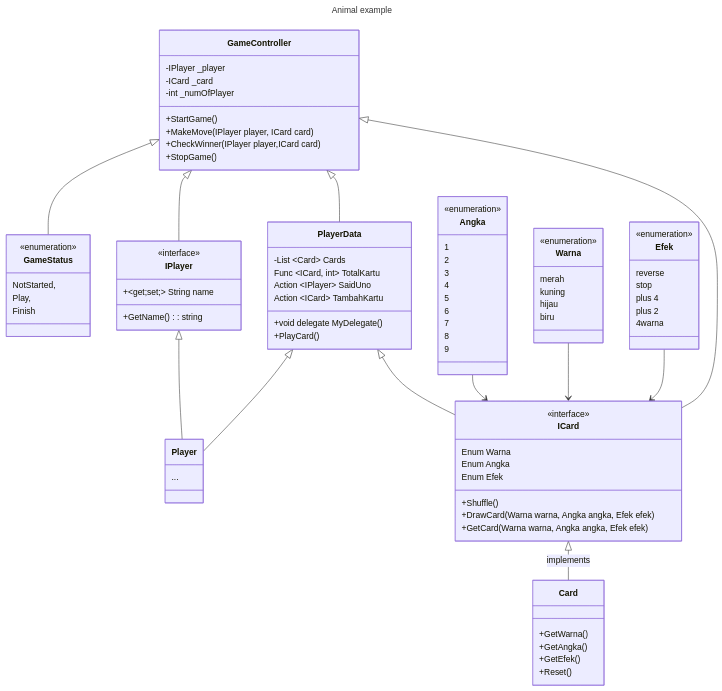
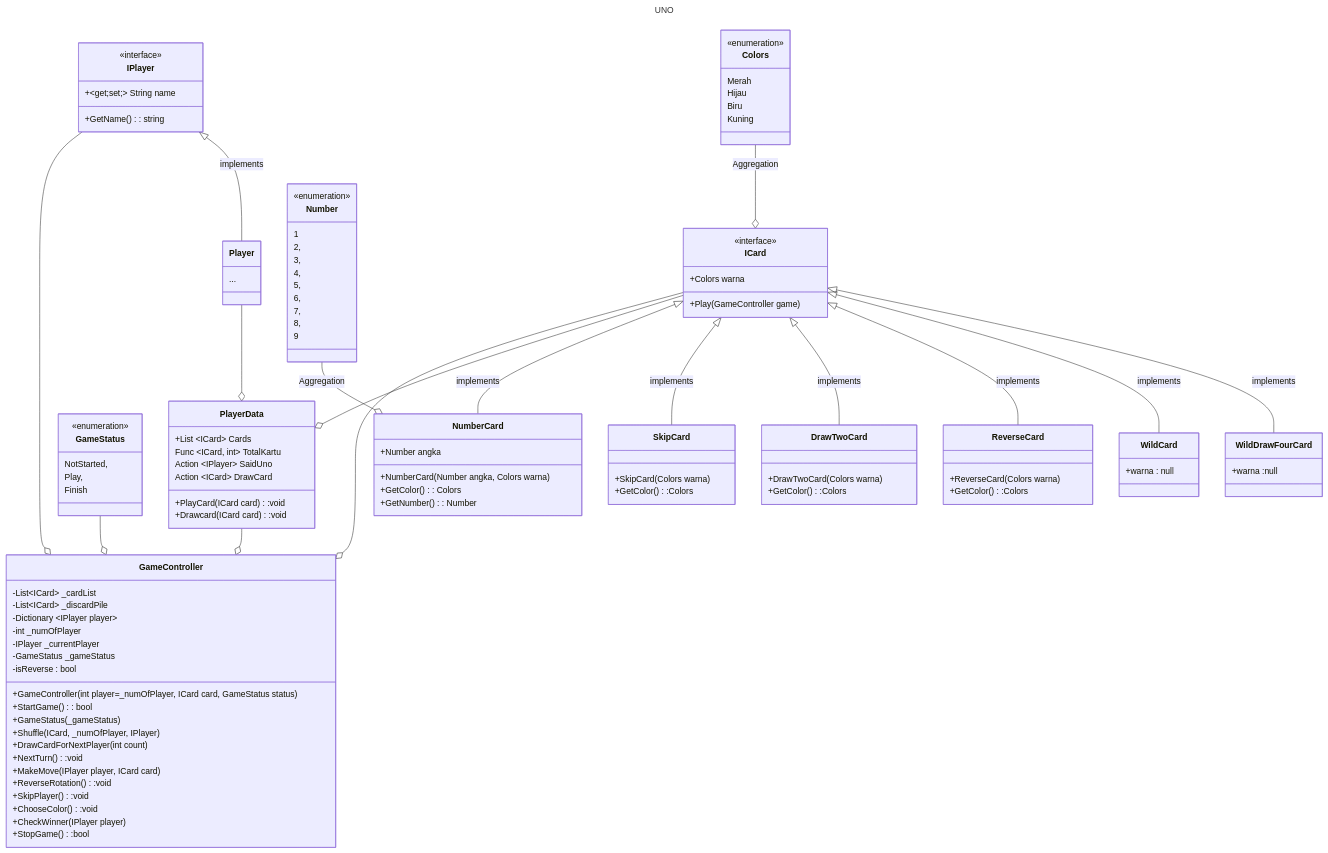
Before and after one commit to githubBella2/Bella_Bootcamp: the diagram in Project/ClassDiagram.md, drawn with Mermaid. The commit also changed 1 other file, not shown here.

Commit message:
UML uno -wf

````diff
--- a/Project/ClassDiagram.md
+++ b/Project/ClassDiagram.md
@@ -1,98 +1,133 @@
 ```mermaid
 ---
-title: Animal example
+title: UNO
 ---
 classDiagram
-    GameController <|-- ICard
-    GameController <|-- PlayerData
-    GameController <|-- IPlayer
-    GameController <|-- GameStatus
-    IPlayer <|-- Player
-    PlayerData <|-- ICard 
-    ICard <|-- Card : implements
-   
+    ICard --o GameController 
+    PlayerData --o GameController
+    IPlayer --o GameController
+    GameStatus --o GameController
+    IPlayer <|-- Player : implements
 
-    PlayerData <|-- Player
+    ICard --o PlayerData 
+    ICard <|-- NumberCard : implements
+    ICard <|-- SkipCard : implements
+    ICard <|-- DrawTwoCard : implements
+    ICard <|-- ReverseCard : implements
+    ICard <|-- WildCard : implements
+    ICard <|-- WildDrawFourCard : implements
 
 
-    Angka  --> ICard
-    Warna  --> ICard
-    Efek  --> ICard
+    Player --o PlayerData
+    Number --o NumberCard : Aggregation
+    Colors --o ICard : Aggregation
+
+
+
+
 
     class GameController{
-        -IPlayer _player
-        -ICard _card
+        -List~ICard~ _cardList
+        -List~ICard~ _discardPile 
+        -Dictionary ~IPlayer player~
         -int _numOfPlayer
-        +StartGame()
-        +MakeMove(IPlayer player, ICard card)
-        +CheckWinner(IPlayer player,ICard card)
-        +StopGame()
+        -IPlayer _currentPlayer 
+        -GameStatus _gameStatus
+        -isReverse : bool
+        +GameController(int player=_numOfPlayer, ICard card, GameStatus status)
+        +StartGame() : bool
+        +GameStatus(_gameStatus)
+        +Shuffle(ICard, _numOfPlayer, IPlayer)
+        +DrawCardForNextPlayer(int count)
+        +NextTurn():void
+        +MakeMove(IPlayer player, ICard card) 
+        +ReverseRotation() :void
+        +SkipPlayer() :void
+        +ChooseColor():void
+        +CheckWinner(IPlayer player)
+        +StopGame():bool
+        
         
     }
+
     class IPlayer{
     <<interface>>
         +~get;set;~ String name
         +GetName() : string
     }
+
     class Player{
     ...
     }
+    
     class PlayerData{
-        -List ~Card~ Cards
-        +void delegate MyDelegate()
+        +List ~ICard~ Cards
         Func ~ICard, int~ TotalKartu 
-        +PlayCard()
         Action ~IPlayer~ SaidUno
-        Action ~ICard~ TambahKartu
+        Action ~ICard~ DrawCard
+        +PlayCard(ICard card):void
+        +Drawcard(ICard card):void
+        
+    }
+    class Colors{
+        <<enumeration>>
+        Merah
+        Hijau
+        Biru
+        Kuning
     }
 
     class ICard {
     <<interface>>
         %% -+~get;set;~ int number
-        %% -+~get;set;~ string warna GetSet
-        %% -<get;set>
-        Enum Warna
-        Enum Angka
-        Enum Efek
-        +Shuffle()
-        +DrawCard(Warna warna, Angka angka, Efek efek)
-        +GetCard(Warna warna, Angka angka, Efek efek)   
+        %% -+~get;set;~ string warna 
+        +Colors warna
+        +Play(GameController game)
+    }
+
+    class Number{
+        <<enumeration>>
+        1
+        2,
+        3,
+        4,
+        5,
+        6,
+        7,
+        8,
+        9
+    }
+
+    class NumberCard{
+        +Number angka
+        +NumberCard (Number angka, Colors warna)
+        +GetColor(): Colors
+        +GetNumber(): Number
+        
+    }
+
+    class SkipCard{
+        +SkipCard(Colors warna)
+        +GetColor():Colors
+    }
+    class DrawTwoCard{
+        +DrawTwoCard(Colors warna)
+        +GetColor():Colors
+        
+    }
+    class ReverseCard{
+        +ReverseCard(Colors warna)
+        +GetColor():Colors
+    }
+    class WildCard{
+        +warna : null
+    }
+    class WildDrawFourCard{
+        +warna :null
     }
     
     
-    class Card{
-        +GetWarna()
-        +GetAngka()
-        +GetEfek()
-        +Reset()
-    }
-    class  Warna{
-    <<enumeration>>
-        merah
-        kuning
-        hijau 
-        biru
-    }
-    class  Angka{
-    <<enumeration>>
-        1
-        2
-        3
-        4
-        5
-        6
-        7
-        8
-        9
-    }
-    class  Efek{
-    <<enumeration>>
-        reverse
-        stop
-        plus 4
-        plus 2
-        4warna
-    }
+   
     class  GameStatus{
     <<enumeration>>
         NotStarted,
````
